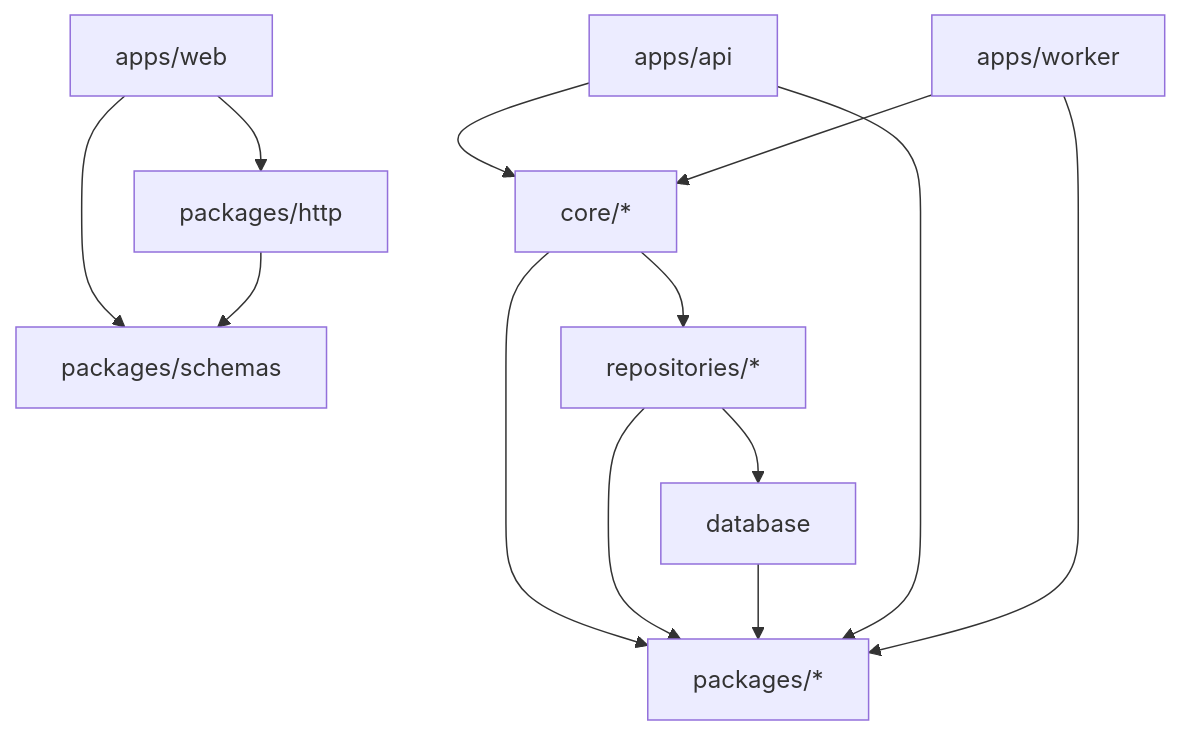
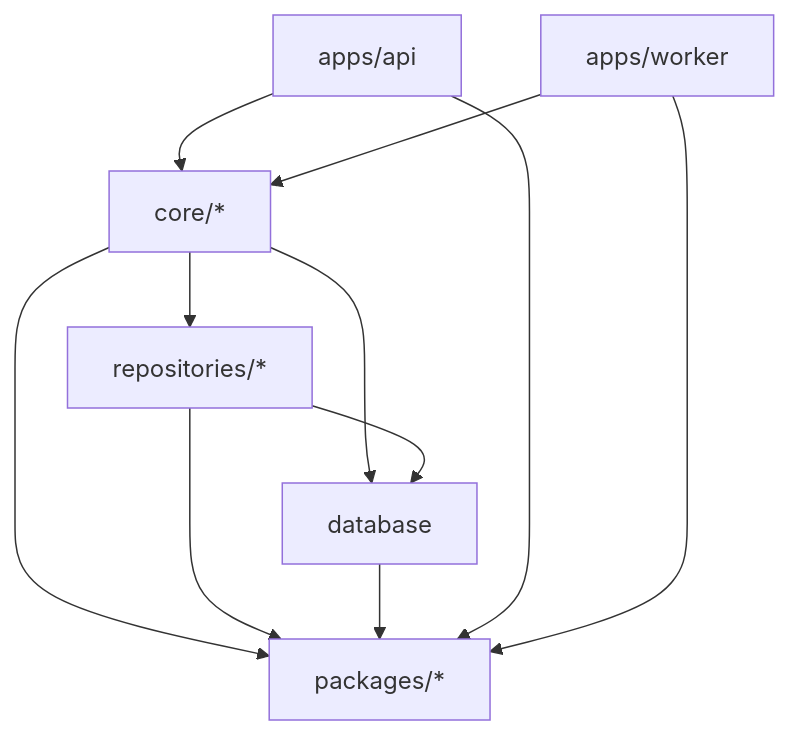
One commit to khotei/kotodama-core changed the diagram in .claude/rules/dependency-hierarchy.md. Above: the diagram before and after it, drawn with Mermaid. The commit also changed other lines of this file and 142 other files, not shown here.

````diff
--- a/.claude/rules/dependency-hierarchy.md
+++ b/.claude/rules/dependency-hierarchy.md
@@ -14,15 +13,13 @@
 ```mermaid
 graph TD
-  web[apps/web] --> schemas[packages/schemas]
-  web --> http[packages/http]
   api[apps/api] --> core
   worker[apps/worker] --> core
   core[core/*] --> repos[repositories/*]
-  repos --> db[database]
+  core --> db[database]
+  repos --> db
   core --> pkgs[packages/*]
   repos --> pkgs
   db --> pkgs
   api --> pkgs
   worker --> pkgs
-  http --> schemas
 ```
````
